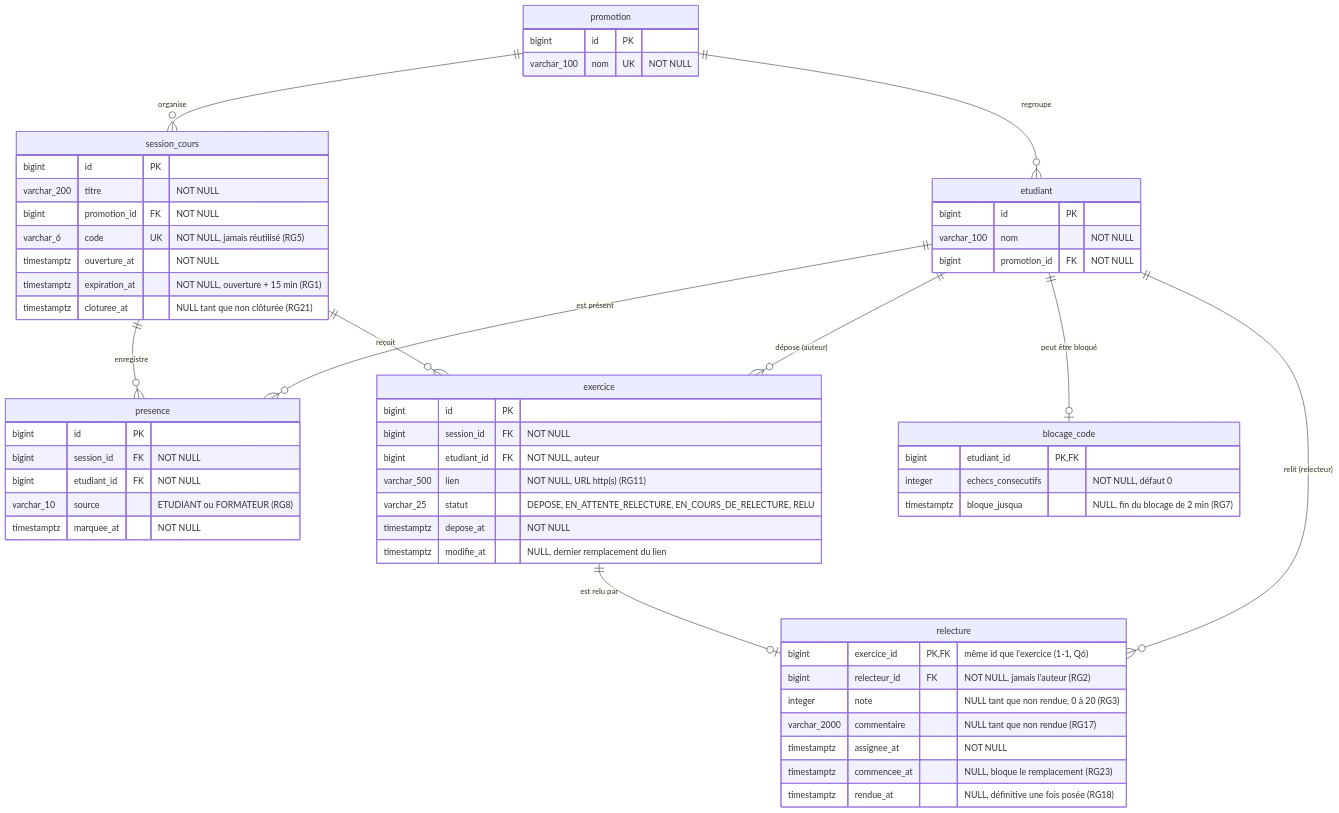
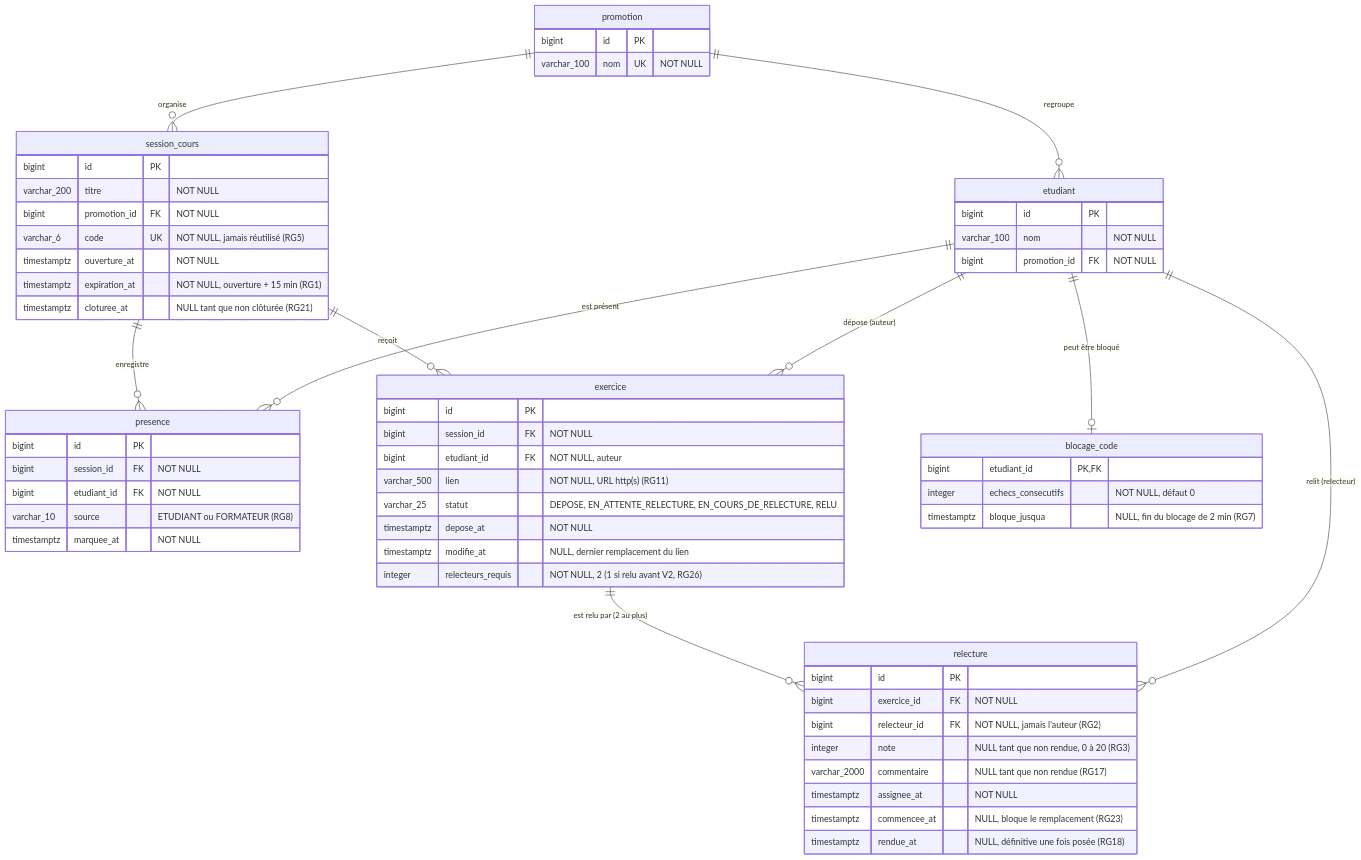
Before and after one commit to KFCAyzen/kfokam48-epreuve-KF48-YAO-196: the diagram in docs/diagrammes/D2-modele-donnees.md, drawn with Mermaid. The commit also changed other lines of this file and 3 other files, not shown here.

First line of the commit message:
docs(diagrammes): met à jour D1 à D4, conséquence de la double relecture et du correctif #56

````diff
--- a/docs/diagrammes/D2-modele-donnees.md
+++ b/docs/diagrammes/D2-modele-donnees.md
@@ -5,61 +5,63 @@
 ```mermaid
 erDiagram
     promotion ||--o{ etudiant : "regroupe"
     promotion ||--o{ session_cours : "organise"
     session_cours ||--o{ presence : "enregistre"
     etudiant ||--o{ presence : "est présent"
     session_cours ||--o{ exercice : "reçoit"
     etudiant ||--o{ exercice : "dépose (auteur)"
-    exercice ||--o| relecture : "est relu par"
+    exercice ||--o{ relecture : "est relu par (2 au plus)"
     etudiant ||--o{ relecture : "relit (relecteur)"
     etudiant ||--o| blocage_code : "peut être bloqué"
 
     promotion {
         bigint id PK
         varchar_100 nom UK "NOT NULL"
     }
     etudiant {
         bigint id PK
         varchar_100 nom "NOT NULL"
         bigint promotion_id FK "NOT NULL"
     }
     session_cours {
         bigint id PK
         varchar_200 titre "NOT NULL"
         bigint promotion_id FK "NOT NULL"
         varchar_6 code UK "NOT NULL, jamais réutilisé (RG5)"
         timestamptz ouverture_at "NOT NULL"
         timestamptz expiration_at "NOT NULL, ouverture + 15 min (RG1)"
         timestamptz cloturee_at "NULL tant que non clôturée (RG21)"
     }
     presence {
         bigint id PK
         bigint session_id FK "NOT NULL"
         bigint etudiant_id FK "NOT NULL"
         varchar_10 source "ETUDIANT ou FORMATEUR (RG8)"
         timestamptz marquee_at "NOT NULL"
     }
     exercice {
         bigint id PK
         bigint session_id FK "NOT NULL"
         bigint etudiant_id FK "NOT NULL, auteur"
         varchar_500 lien "NOT NULL, URL http(s) (RG11)"
         varchar_25 statut "DEPOSE, EN_ATTENTE_RELECTURE, EN_COURS_DE_RELECTURE, RELU"
         timestamptz depose_at "NOT NULL"
         timestamptz modifie_at "NULL, dernier remplacement du lien"
+        integer relecteurs_requis "NOT NULL, 2 (1 si relu avant V2, RG26)"
     }
     relecture {
-        bigint exercice_id PK, FK "même id que l'exercice (1-1, Q6)"
+        bigint id PK
+        bigint exercice_id FK "NOT NULL"
         bigint relecteur_id FK "NOT NULL, jamais l'auteur (RG2)"
         integer note "NULL tant que non rendue, 0 à 20 (RG3)"
         varchar_2000 commentaire "NULL tant que non rendue (RG17)"
         timestamptz assignee_at "NOT NULL"
         timestamptz commencee_at "NULL, bloque le remplacement (RG23)"
         timestamptz rendue_at "NULL, définitive une fois posée (RG18)"
     }
     blocage_code {
         bigint etudiant_id PK, FK
         integer echecs_consecutifs "NOT NULL, défaut 0"
         timestamptz bloque_jusqua "NULL, fin du blocage de 2 min (RG7)"
     }
 ```
````
